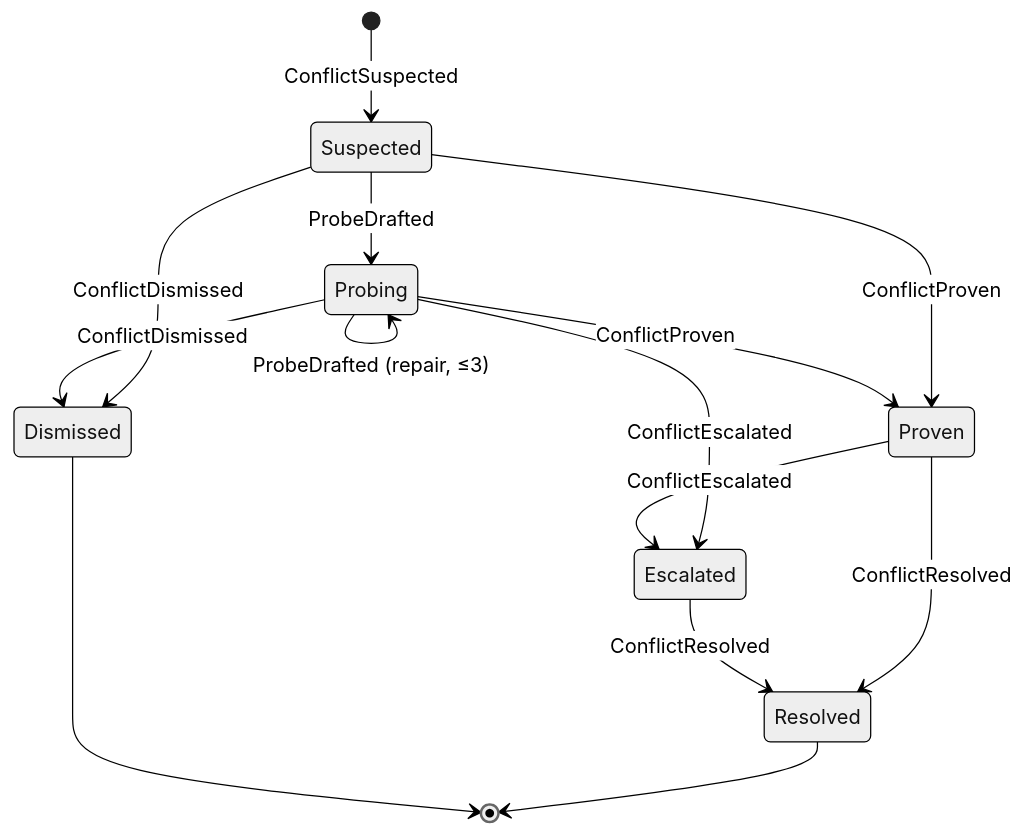
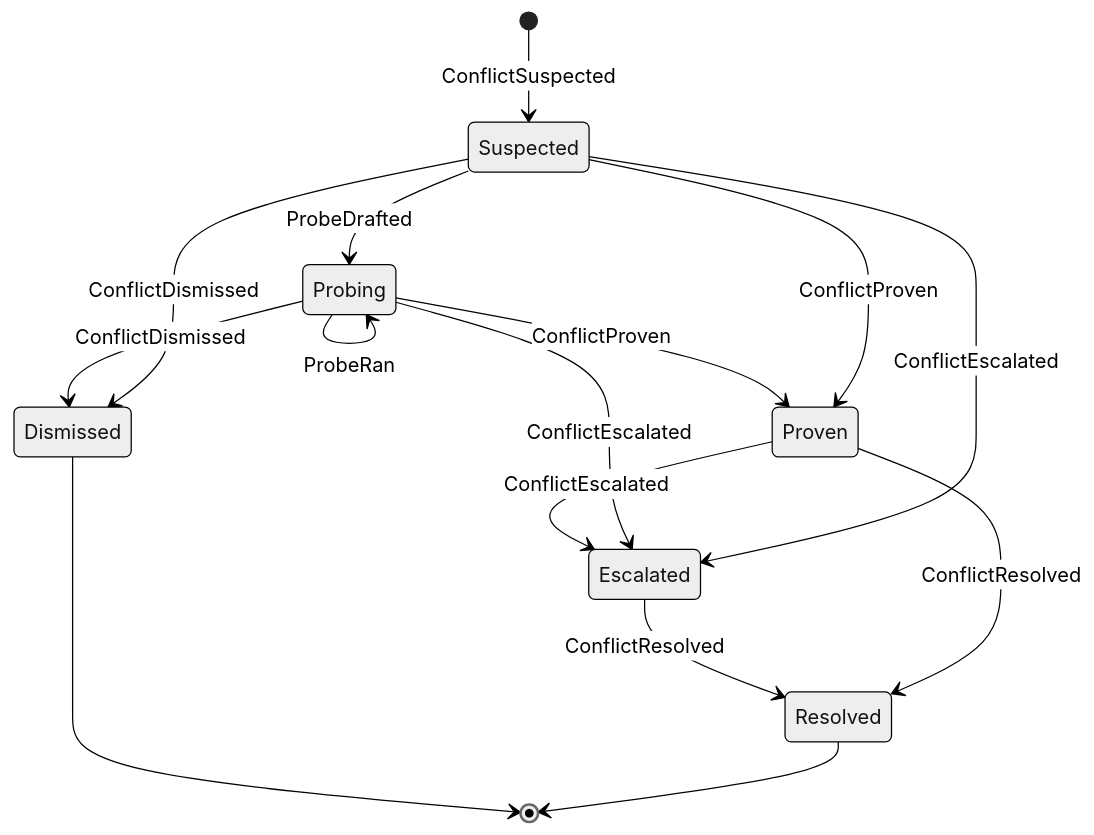
One commit to bimsonz/keel changed the third of 12 diagrams in docs/domain/state-machines.md. Above: the diagram before and after it, drawn with Mermaid (neutral theme). The commit also changed other lines of this file and 3 other files, not shown here.

````diff
--- a/docs/domain/state-machines.md
+++ b/docs/domain/state-machines.md
@@ -114,16 +147,17 @@
 ```mermaid
 stateDiagram-v2
   [*] --> Suspected: ConflictSuspected
   Suspected --> Probing: ProbeDrafted
   Suspected --> Proven: ConflictProven
   Suspected --> Dismissed: ConflictDismissed
-  Probing --> Probing: ProbeDrafted (repair, ≤3)
+  Suspected --> Escalated: ConflictEscalated
+  Probing --> Probing: ProbeRan
   Probing --> Proven: ConflictProven
   Probing --> Dismissed: ConflictDismissed
   Probing --> Escalated: ConflictEscalated
   Proven --> Resolved: ConflictResolved
   Proven --> Escalated: ConflictEscalated
   Escalated --> Resolved: ConflictResolved
   Resolved --> [*]
   Dismissed --> [*]
 ```
````
